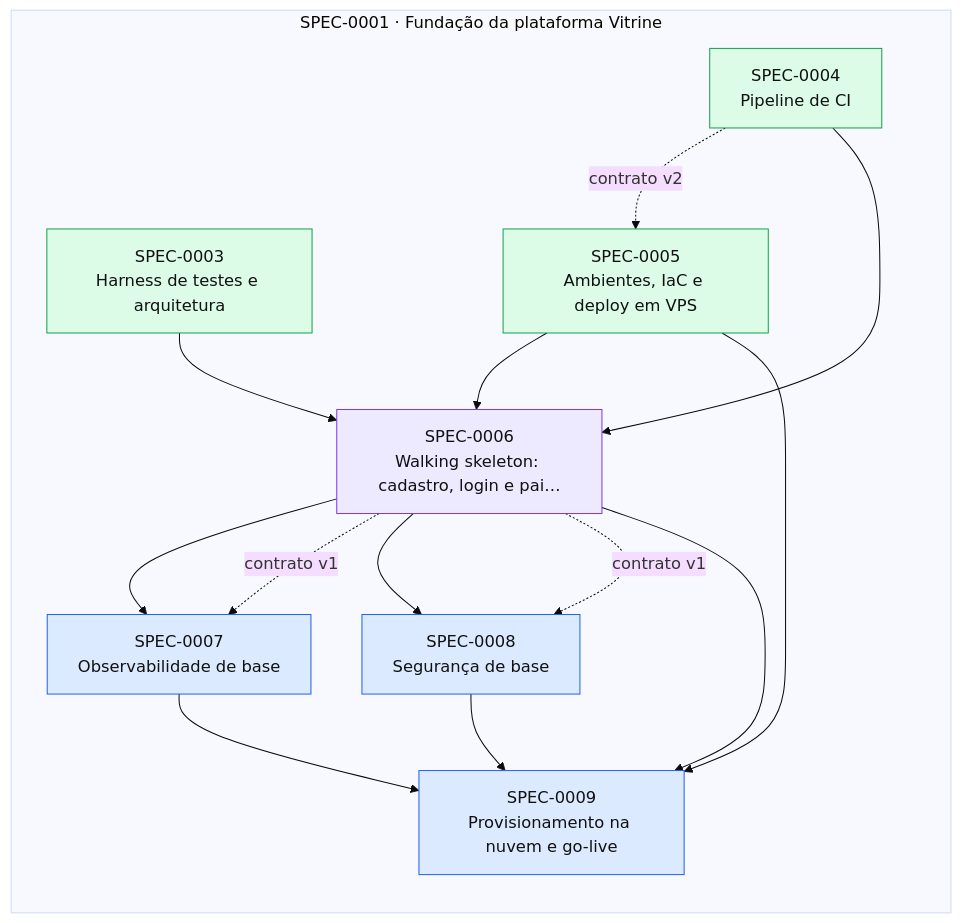
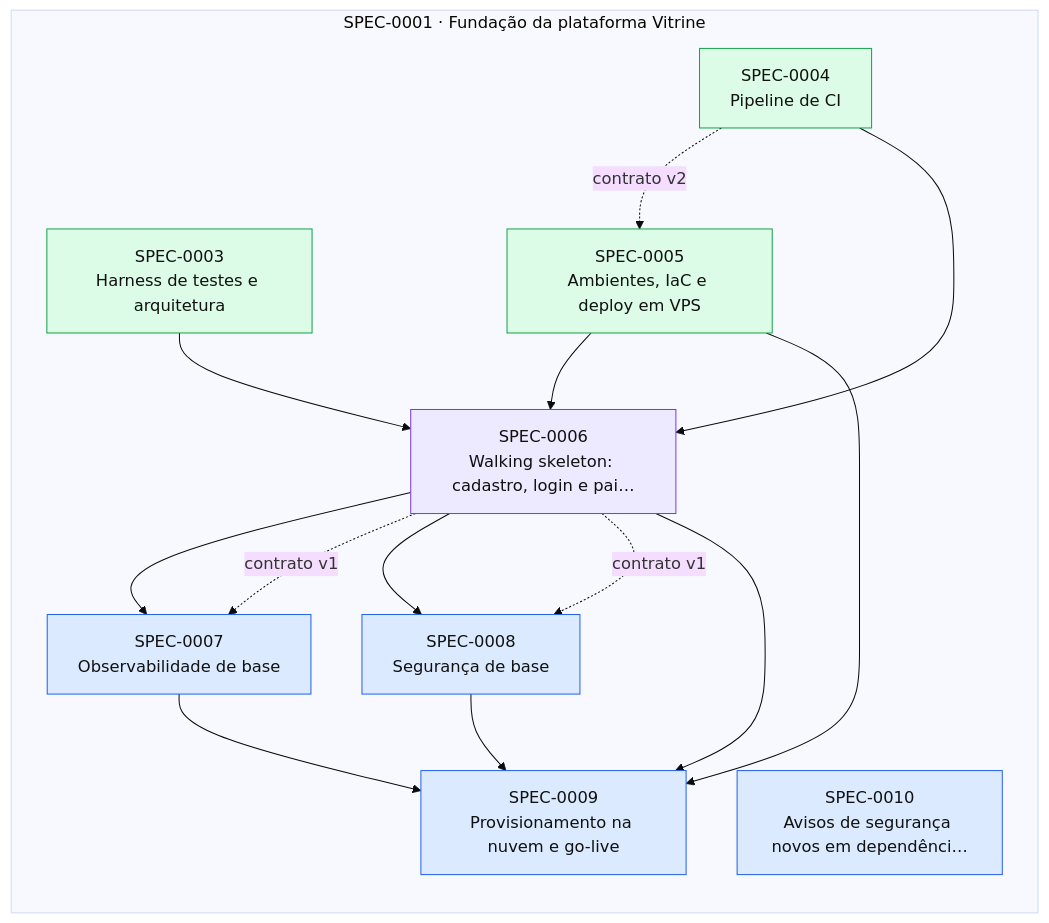
Before and after one commit to thomasravache/vitrine: the diagram in docs/specs/INDEX.md, drawn with Mermaid (base theme). The commit also changed other lines of this file and 1 other file, not shown here.

First line of the commit message:
docs(specs): SPEC-0010 corrige avisos de segurança novos que quebram a main

````diff
--- a/docs/specs/INDEX.md
+++ b/docs/specs/INDEX.md
@@ -59,29 +60,30 @@
 ```mermaid
 flowchart LR
   subgraph E0001["SPEC-0001 · Fundação da plataforma Vitrine"]
     S0003["SPEC-0003<br/>Harness de testes e arquitetura"]:::implemented
     S0004["SPEC-0004<br/>Pipeline de CI"]:::implemented
     S0005["SPEC-0005<br/>Ambientes, IaC e deploy em VPS"]:::implemented
     S0006["SPEC-0006<br/>Walking skeleton: cadastro, login e pai…"]:::inprogress
     S0007["SPEC-0007<br/>Observabilidade de base"]:::approved
     S0008["SPEC-0008<br/>Segurança de base"]:::approved
     S0009["SPEC-0009<br/>Provisionamento na nuvem e go-live"]:::approved
+    S0010["SPEC-0010<br/>Avisos de segurança novos em dependênci…"]:::approved
   end
   S0004 -. contrato v2 .-> S0005
   S0003 --> S0006
   S0004 --> S0006
   S0005 --> S0006
   S0006 --> S0007
   S0006 -. contrato v1 .-> S0007
   S0006 --> S0008
   S0006 -. contrato v1 .-> S0008
   S0005 --> S0009
   S0006 --> S0009
   S0007 --> S0009
   S0008 --> S0009
   classDef proposed fill:#fef3c7,stroke:#d97706,color:#111
   classDef approved fill:#dbeafe,stroke:#2563eb,color:#111
   classDef inprogress fill:#ede9fe,stroke:#7c3aed,color:#111
   classDef implemented fill:#dcfce7,stroke:#16a34a,color:#111
   classDef deprecated fill:#f3f4f6,stroke:#9ca3af,color:#6b7280
 ```
````
